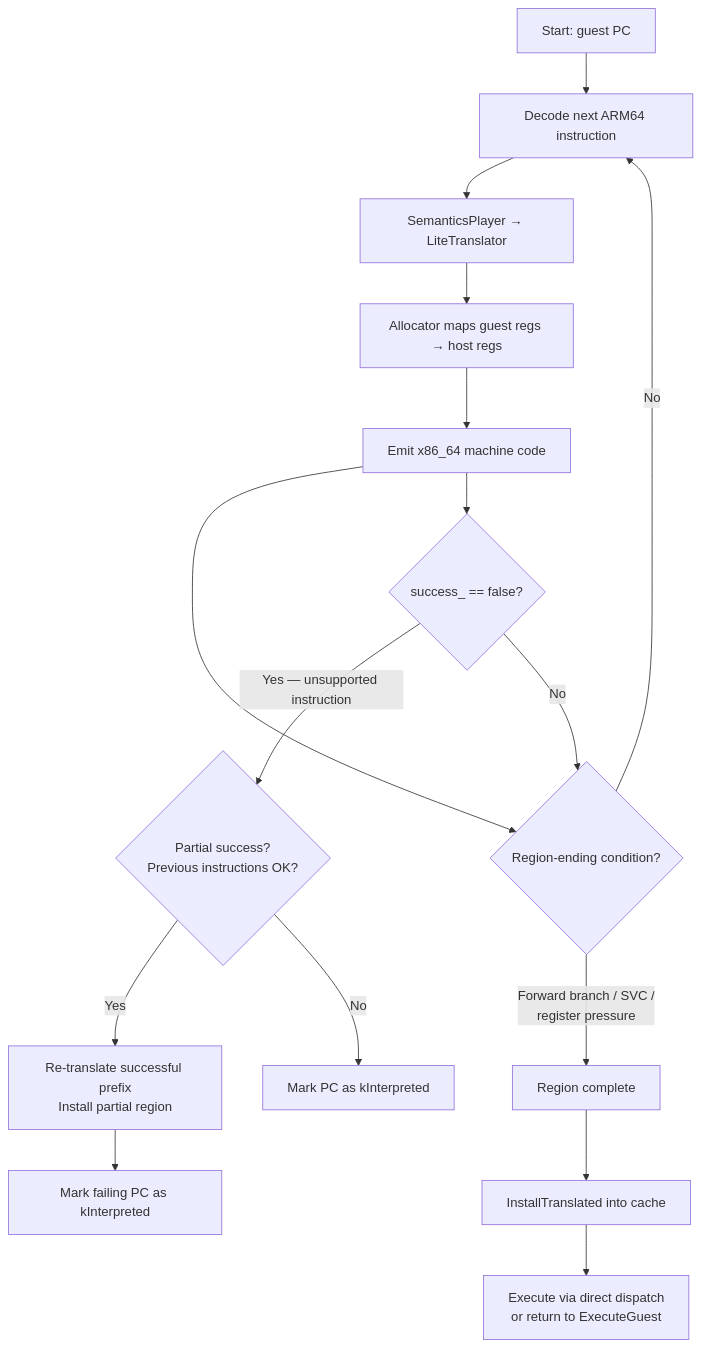
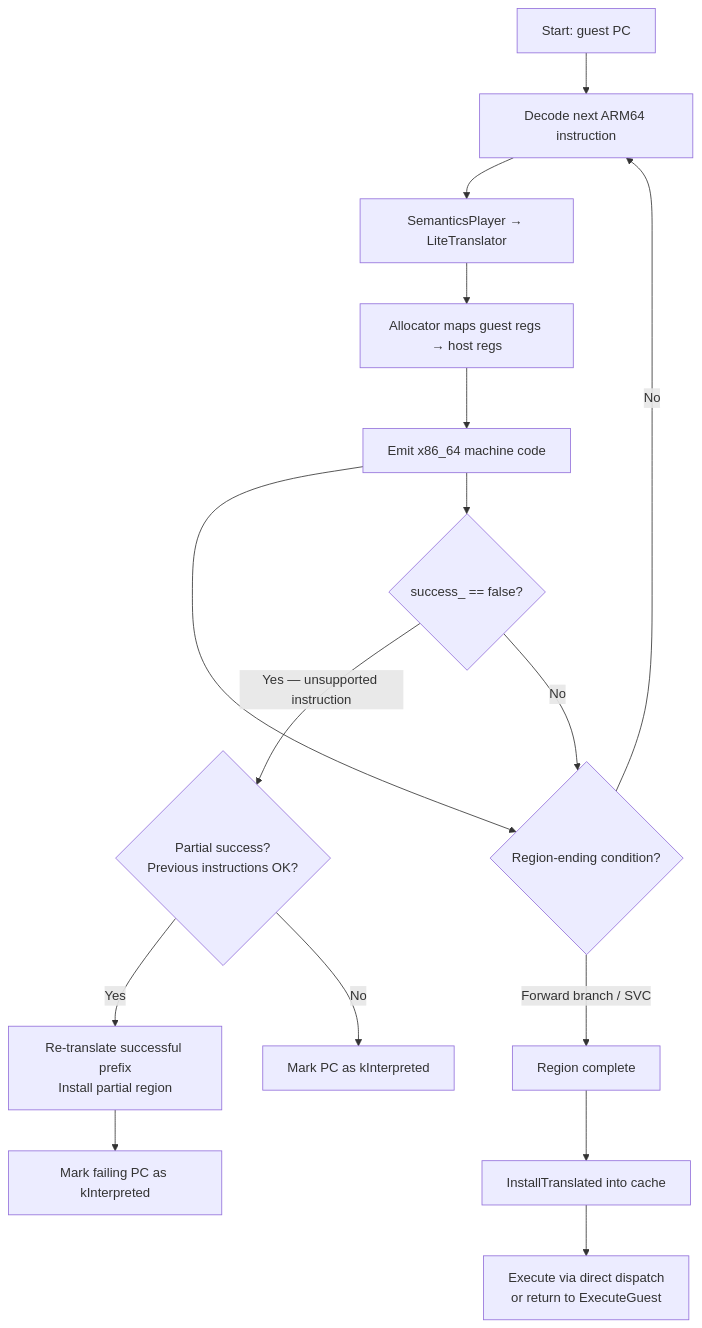
The eighth of 52 diagrams in docs/how-it-works.md (DigitalisX64/digitalis), drawn with Mermaid before and after one commit. The commit also changed other lines of this file and 3 other files, not shown here.

````diff
--- a/docs/how-it-works.md
+++ b/docs/how-it-works.md
@@ -672,18 +672,18 @@
 ```mermaid
 graph TD
     A["Start: guest PC"] --> B["Decode next ARM64 instruction"]
     B --> C["SemanticsPlayer → LiteTranslator"]
     C --> D["Allocator maps guest regs → host regs"]
     D --> E["Emit x86_64 machine code"]
     E --> F{"Region-ending condition?"}
     F -->|"No"| B
-    F -->|"Forward branch / SVC /<br/>register pressure"| G["Region complete"]
+    F -->|"Forward branch / SVC"| G["Region complete"]
     E --> H{"success_ == false?"}
     H -->|"Yes — unsupported instruction"| I{"Partial success?<br/>Previous instructions OK?"}
     I -->|"Yes"| J["Re-translate successful prefix<br/>Install partial region"]
     I -->|"No"| K["Mark PC as kInterpreted"]
     J --> L["Mark failing PC as kInterpreted"]
     H -->|"No"| F
     G --> M["InstallTranslated into cache"]
     M --> N["Execute via direct dispatch<br/>or return to ExecuteGuest"]
 ```
````
